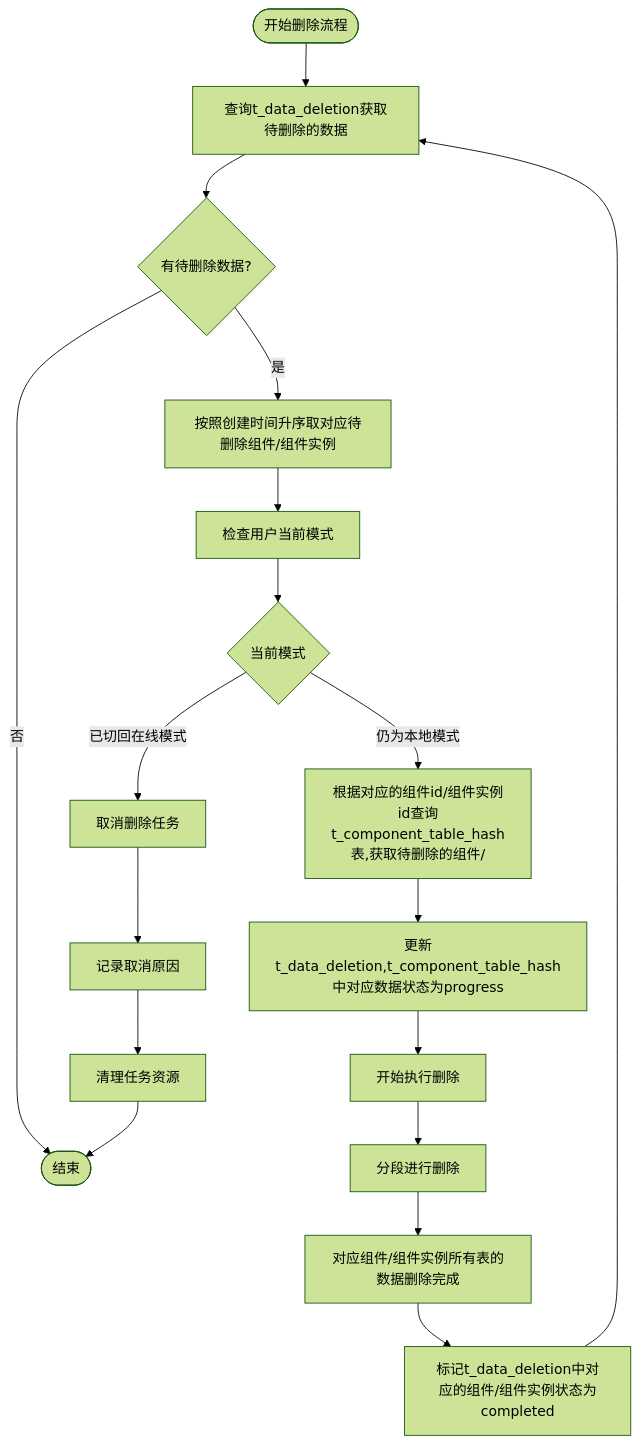
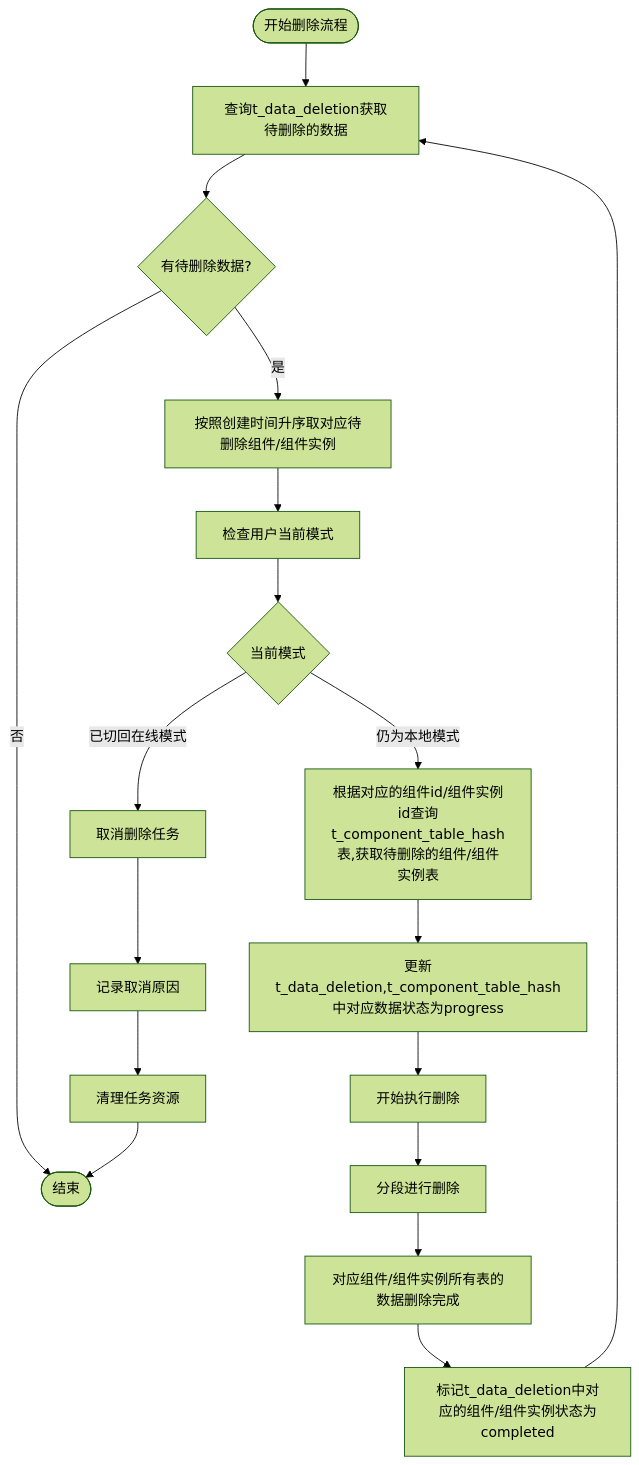
One commit to yingjianzh/iodraw-files changed the diagram in all/未命名-51.md. Above: the diagram before and after it, drawn with Mermaid (forest theme).

Commit message:
2025-05-08 15:45:08 update

````diff
--- a/all/未命名-51.md
+++ b/all/未命名-51.md
@@ -1,28 +1,28 @@
 ```mermaid
 flowchart TD
     Start([开始删除流程]) --> FetchTasks[查询t_data_deletion获取待删除的数据]
     FetchTasks --> HasTasks{有待删除数据?}
     
     HasTasks -->|否| End([结束])
     HasTasks -->|是| PrioritizeTasks[按照创建时间升序取对应待删除组件/组件实例]
     
     PrioritizeTasks --> CheckUserMode[检查用户当前模式]
     
     CheckUserMode --> CurrentMode{当前模式}
     CurrentMode -->|已切回在线模式| TaskCancel[取消删除任务]
-    CurrentMode -->|仍为本地模式| LockTask[根据对应的组件id/组件实例id查询t_component_table_hash表,获取待删除的组件/]
+    CurrentMode -->|仍为本地模式| LockTask[根据对应的组件id/组件实例id查询t_component_table_hash表,获取待删除的组件/组件实例表]
     
     LockTask --> UpdateStatus[更新t_data_deletion,t_component_table_hash中对应数据状态为progress]
     UpdateStatus --> BeginDeletion[开始执行删除]
     
     BeginDeletion --> A[分段进行删除]
     
     A --> B[对应组件/组件实例所有表的数据删除完成]
     B --> MarkCompleted[标记t_data_deletion中对应的组件/组件实例状态为completed]
     
     TaskCancel --> LogCancellation[记录取消原因]
     LogCancellation --> CleanupTask[清理任务资源]
     
     MarkCompleted --> FetchTasks
     CleanupTask --> End
 ```
````
